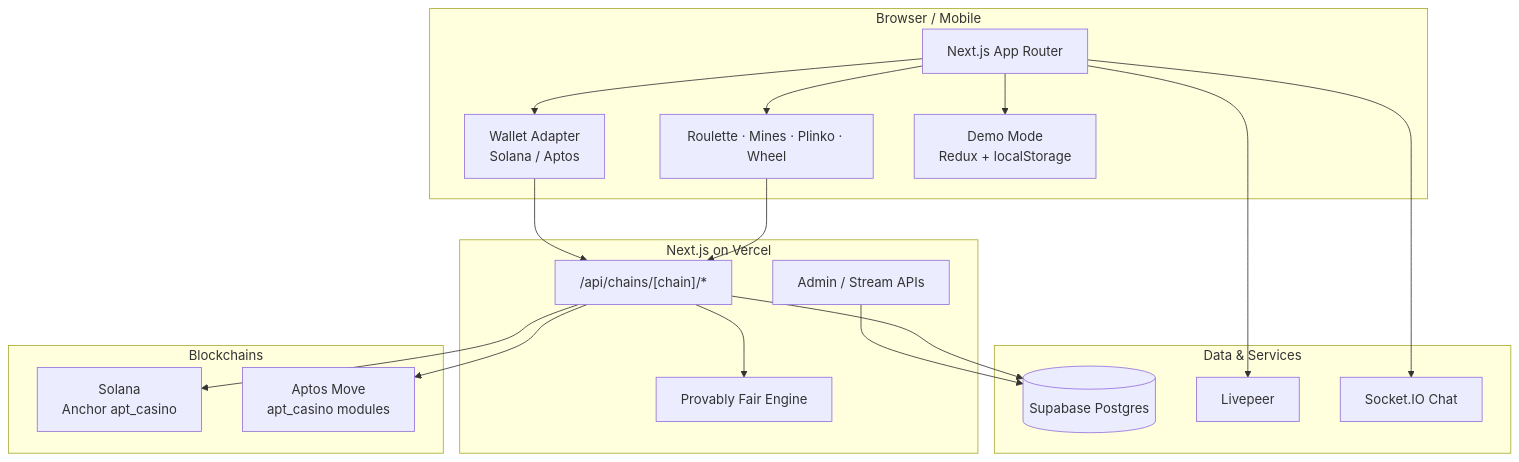
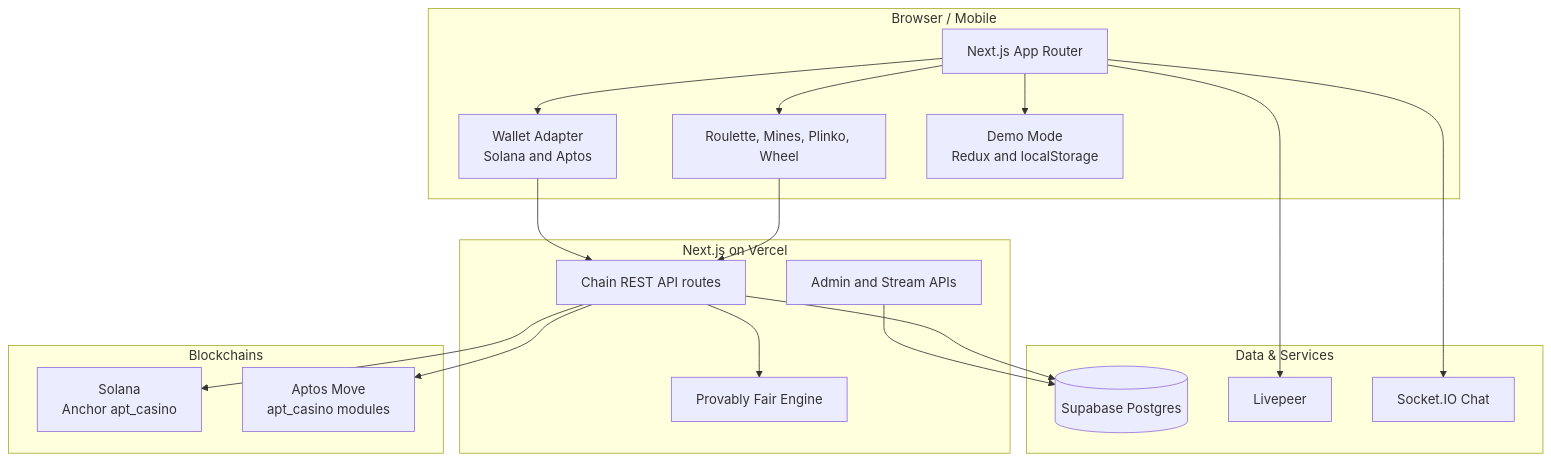
The first of 6 diagrams in README.md (AmaanSayyad/apt-casino), drawn with Mermaid before and after one commit. The commit also changed other lines of this file and 5 other files, not shown here.

First line of the commit message:
docs: fix Mermaid diagrams for GitHub rendering

````diff
--- a/README.md
+++ b/README.md
@@ -81,39 +81,39 @@
 ```mermaid
 flowchart TB
     subgraph Client["Browser / Mobile"]
         UI[Next.js App Router]
-        Games[Roulette · Mines · Plinko · Wheel]
-        Wallet[Wallet Adapter<br/>Solana / Aptos]
-        Demo[Demo Mode<br/>Redux + localStorage]
+        Games[Roulette, Mines, Plinko, Wheel]
+        Wallet["Wallet Adapter<br/>Solana and Aptos"]
+        Demo["Demo Mode<br/>Redux and localStorage"]
     end
 
     subgraph Vercel["Next.js on Vercel"]
-        API["/api/chains/[chain]/*"]
-        Admin[Admin / Stream APIs]
+        API["Chain REST API routes"]
+        Admin["Admin and Stream APIs"]
         Fair[Provably Fair Engine]
     end
 
     subgraph Data["Data & Services"]
         SB[(Supabase Postgres)]
         LP[Livepeer]
         Chat[Socket.IO Chat]
     end
 
     subgraph Chains["Blockchains"]
         SOL[Solana<br/>Anchor apt_casino]
         APT[Aptos Move<br/>apt_casino modules]
     end
 
     UI --> Games
     UI --> Wallet
     UI --> Demo
     Games --> API
     Wallet --> API
     API --> Fair
     API --> SB
     Admin --> SB
     API --> SOL
     API --> APT
     UI --> LP
     UI --> Chat
 ```
````
